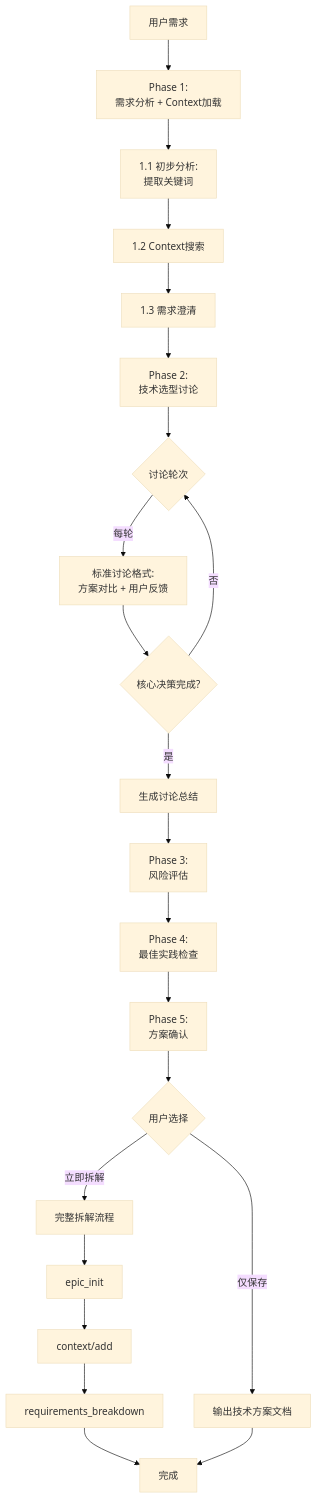
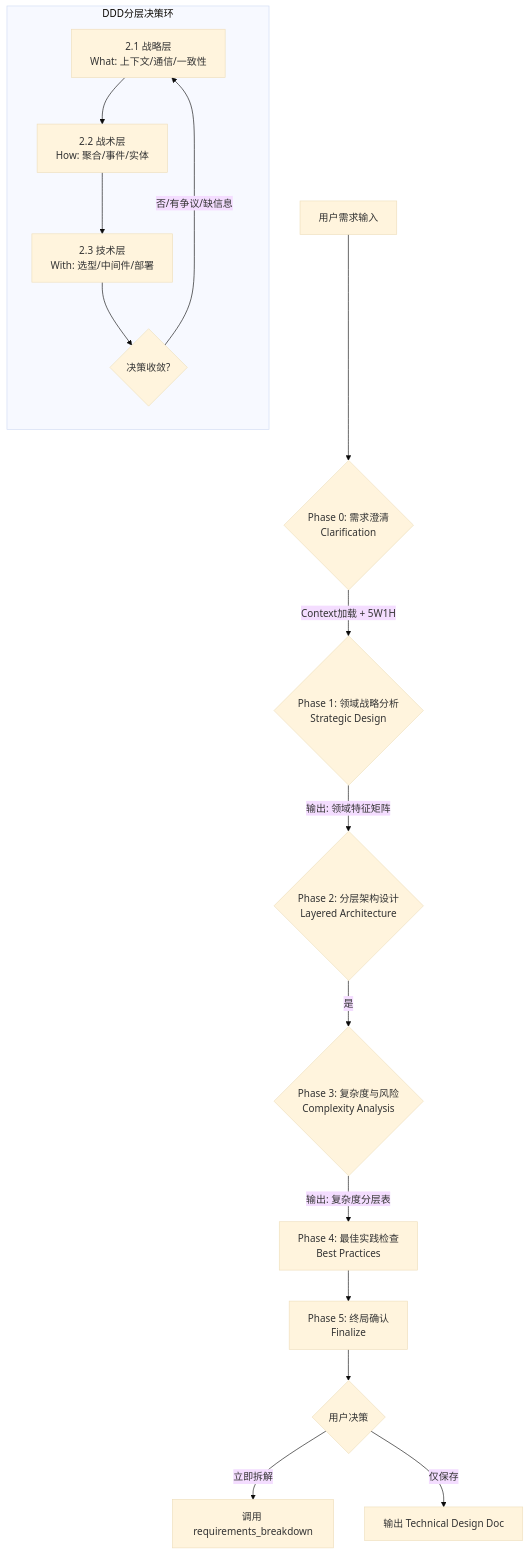
Before and after one commit to Lockeysama/TheConn: the diagram in .the_conn/playbooks/planning/requirements_review.md, drawn with Mermaid (base theme). The commit also changed other lines of this file, not shown here.

First line of the commit message:
refactor: Revise requirements review documentation to align with DDD principles

````diff
--- a/.the_conn/playbooks/planning/requirements_review.md
+++ b/.the_conn/playbooks/planning/requirements_review.md
@@ -94,28 +24,23 @@
 ```mermaid
 graph TD
-    Start[用户需求] --> P1[Phase 1:<br/>需求分析 + Context加载]
-    P1 --> P1_1[1.1 初步分析:<br/>提取关键词]
-    P1_1 --> P1_2[1.2 Context搜索]
-    P1_2 --> P1_3[1.3 需求澄清]
+    Start[用户需求输入] --> P0{Phase 0: 需求澄清<br/>Clarification}
+    P0 -->|Context加载 + 5W1H| P1{Phase 1: 领域战略分析<br/>Strategic Design}
     
-    P1_3 --> P2[Phase 2:<br/>技术选型讨论]
-    P2 --> P2Loop{讨论轮次}
-    P2Loop -->|每轮| P2_Round[标准讨论格式:<br/>方案对比 + 用户反馈]
-    P2_Round --> P2Check{核心决策完成?}
-    P2Check -->|否| P2Loop
-    P2Check -->|是| P2_Summary[生成讨论总结]
+    P1 -->|输出: 领域特征矩阵| P2{Phase 2: 分层架构设计<br/>Layered Architecture}
     
-    P2_Summary --> P3[Phase 3:<br/>风险评估]
-    P3 --> P4[Phase 4:<br/>最佳实践检查]
-    P4 --> P5[Phase 5:<br/>方案确认]
+    subgraph P2_Loop [DDD分层决策环]
+        direction TB
+        S1[2.1 战略层<br/>What: 上下文/通信/一致性] --> S2[2.2 战术层<br/>How: 聚合/事件/实体]
+        S2 --> S3[2.3 技术层<br/>With: 选型/中间件/部署]
+        S3 --> Check{决策收敛?}
+        Check -->|否/有争议/缺信息| S1
+    end
     
-    P5 --> Choice{用户选择}
-    Choice -->|立即拆解| Flow[完整拆解流程]
-    Choice -->|仅保存| Doc[输出技术方案文档]
+    P2 -->|是| P3{Phase 3: 复杂度与风险<br/>Complexity Analysis}
+    P3 -->|输出: 复杂度分层表| P4[Phase 4: 最佳实践检查<br/>Best Practices]
+    P4 --> P5[Phase 5: 终局确认<br/>Finalize]
     
-    Flow --> F1[epic_init]
-    F1 --> F2[context/add]
-    F2 --> F3[requirements_breakdown]
-    F3 --> Done[完成]
-    Doc --> Done
+    P5 --> End{用户决策}
+    End -->|立即拆解| Flow[调用 requirements_breakdown]
+    End -->|仅保存| Doc[输出 Technical Design Doc]
 ```
````
